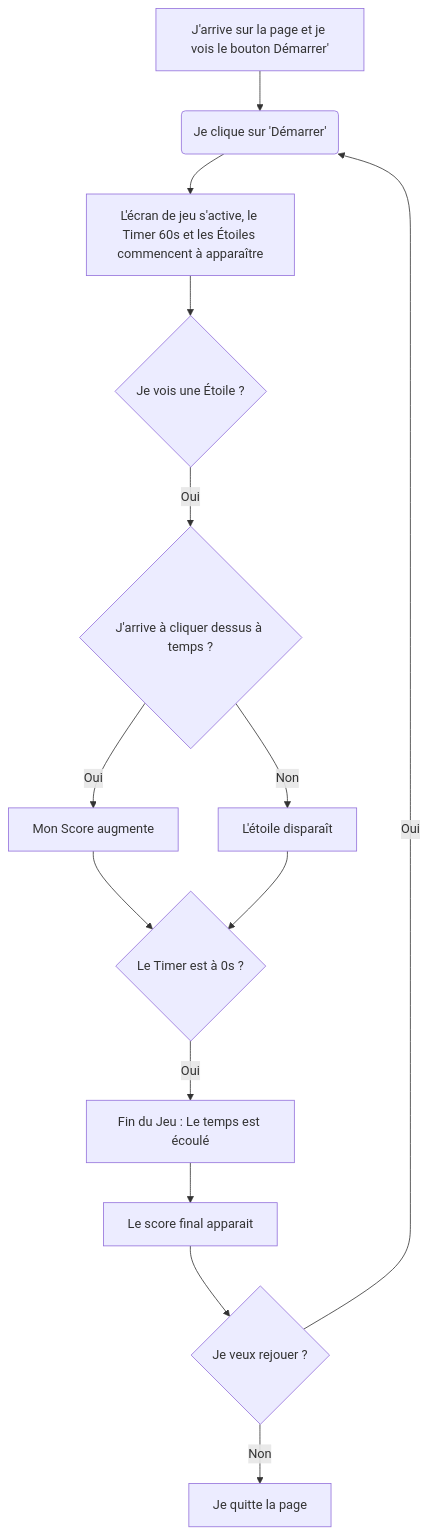
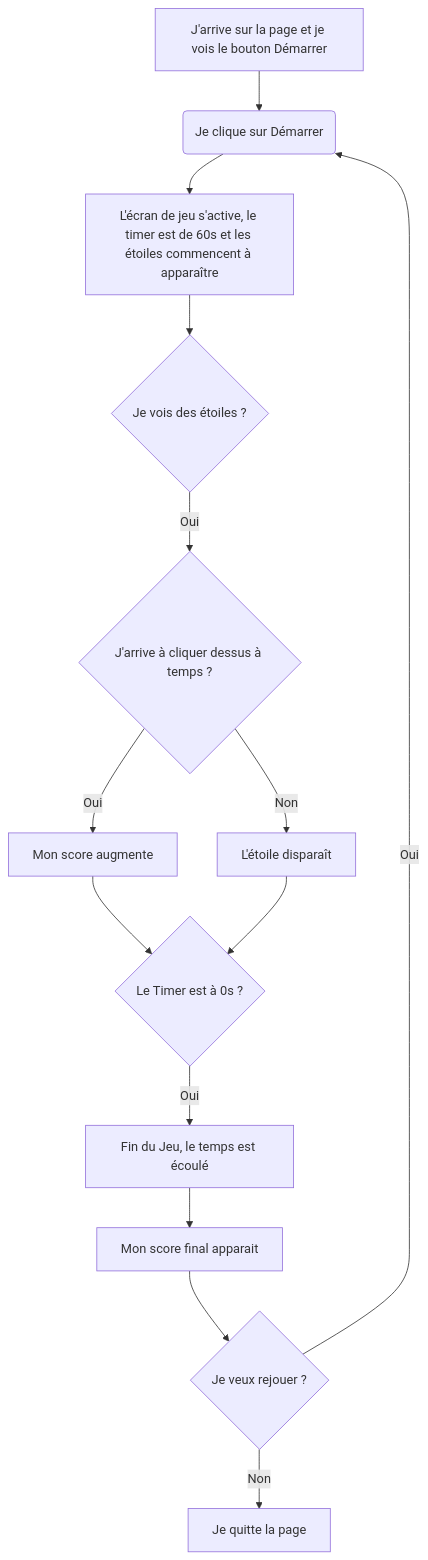
The diagram in projet1.md (Fatoucmr/cv), drawn with Mermaid before and after one commit.

````diff
--- a/projet1.md
+++ b/projet1.md
@@ -13,22 +13,22 @@
 ```mermaid
 flowchart TB
-    A@{ label: "J'arrive sur la page et je vois le bouton Démarrer'" } --> B@{ label: "Je clique sur 'Démarrer'" }
-    B --> C@{ label: "L'écran de jeu s'active, le Timer 60s et les Étoiles commencent à apparaître" }
-    C --> D{"Je vois une Étoile ?"}
+    A@{ label: "J'arrive sur la page et je vois le bouton Démarrer" } --> B@{ label: "Je clique sur Démarrer" }
+    B --> C@{ label: "L'écran de jeu s'active, le timer est de 60s et les étoiles commencent à apparaître" }
+    C --> D{"Je vois des étoiles ?"}
     D -- Oui --> E@{ label: "J'arrive à cliquer dessus à temps ?" }
-    E -- Oui --> F["Mon Score augmente"]
+    E -- Oui --> F["Mon score augmente"]
     E -- Non --> G@{ label: "L'étoile disparaît" }
     F --> H{"Le Timer est à 0s ?"}
     G --> H
-    H -- Oui --> I["Fin du Jeu : Le temps est écoulé"]
-    I --> J["Le score final apparait"]
+    H -- Oui --> I["Fin du Jeu, le temps est écoulé"]
+    I --> J["Mon score final apparait"]
     J --> K{"Je veux rejouer ?"}
     K -- Oui --> B
     K -- Non --> L["Je quitte la page"]
 
     A@{ shape: rect}
     B@{ shape: rounded}
     C@{ shape: rect}
     E@{ shape: diamond}
     G@{ shape: rect}
    ```
````
